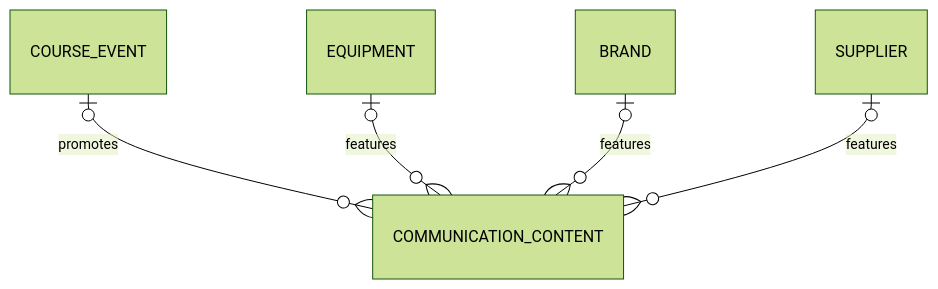
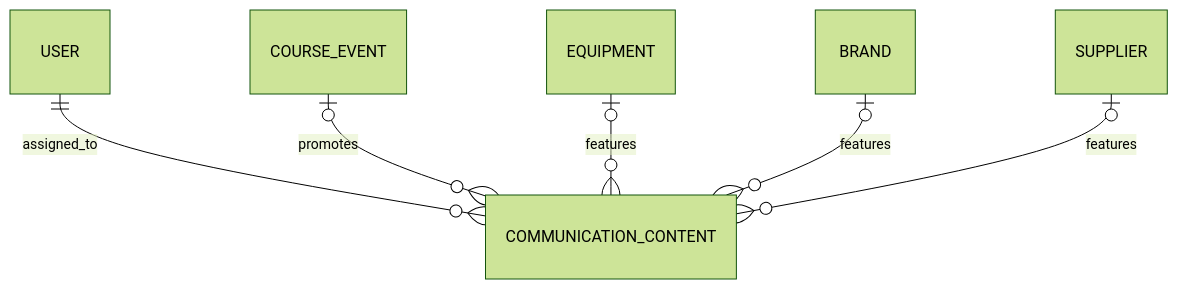
One commit to Fredbarillon/juggle-jungle-project-description changed the third of 3 diagrams in README.md. Above: the diagram before and after it, drawn with Mermaid (forest theme). The commit also changed other lines of this file, not shown here.

````diff
--- a/README.md
+++ b/README.md
@@ -121,7 +121,8 @@
 ```mermaid
 erDiagram
+    USER ||--o{ COMMUNICATION_CONTENT : assigned_to
     COURSE_EVENT |o--o{ COMMUNICATION_CONTENT : promotes
     EQUIPMENT |o--o{ COMMUNICATION_CONTENT : features
     BRAND |o--o{ COMMUNICATION_CONTENT : features
     SUPPLIER |o--o{ COMMUNICATION_CONTENT : features
 ```
````
